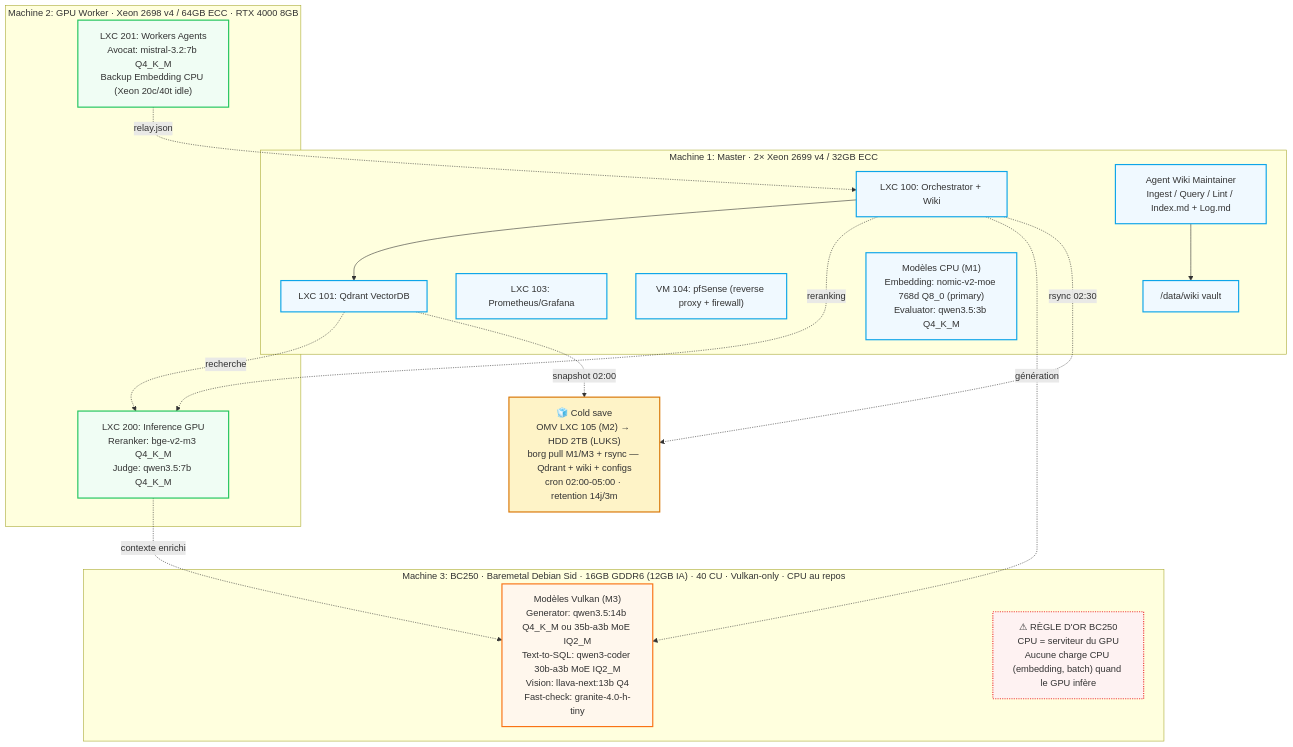
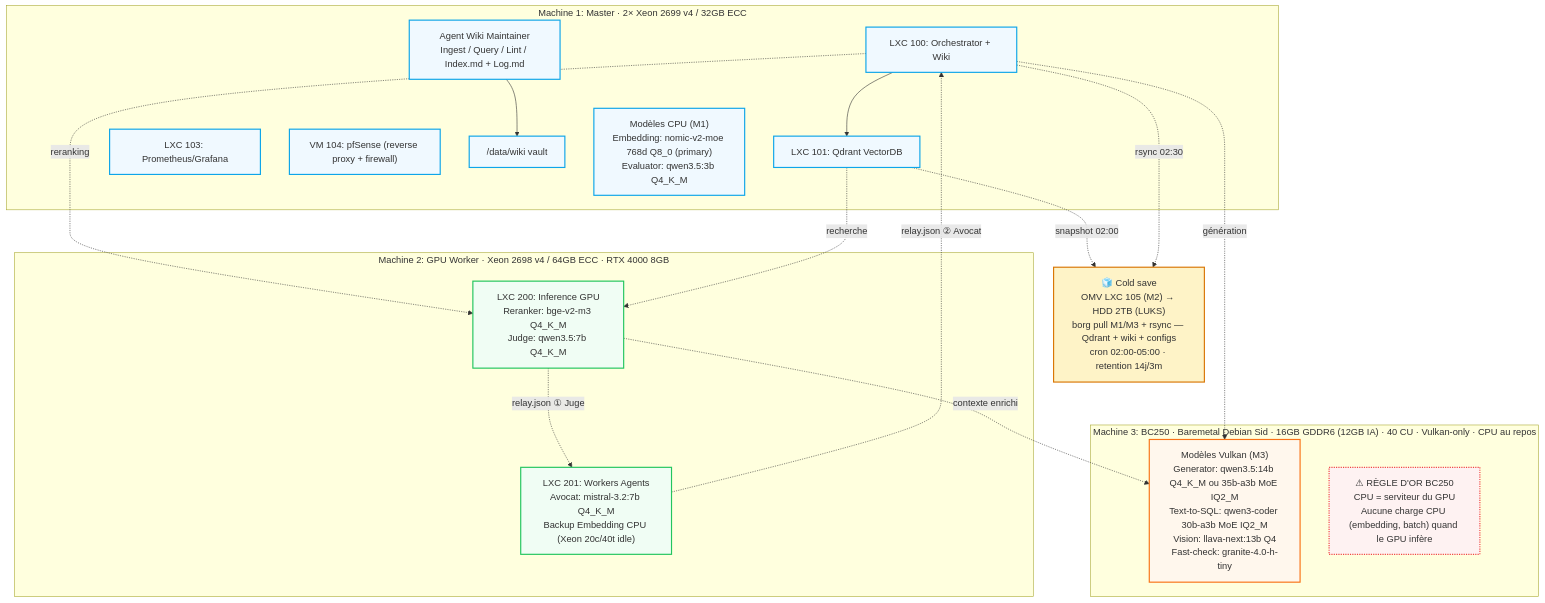
Before and after one commit to chelmooz/rag-multi-agent-cluster: the second of 2 diagrams in docs/architecture.md, drawn with Mermaid. The commit also changed other lines of this file, not shown here.

Commit message:
docs(architecture): fix sequential Judge→Avocat flow via relay.json (RTX 4000 8GB constraint)

````diff
--- a/docs/architecture.md
+++ b/docs/architecture.md
@@ -80,40 +83,41 @@
 ```mermaid
 flowchart TB
     classDef m1 fill:#f0f9ff,stroke:#0ea5e9,stroke-width:2px
     classDef m2 fill:#f0fdf4,stroke:#22c55e,stroke-width:2px
     classDef m3 fill:#fff7ed,stroke:#f97316,stroke-width:2px
     classDef warn fill:#fef2f2,stroke:#ef4444,stroke-width:2px,stroke-dasharray: 2 2
     classDef cold fill:#fef3c7,stroke:#d97706,stroke-width:2px
 
     subgraph Machine1["Machine 1: Master · 2× Xeon 2699 v4 / 32GB ECC"]
         M1_100["LXC 100: Orchestrator + Wiki"]:::m1
         M1_101["LXC 101: Qdrant VectorDB"]:::m1
         M1_103["LXC 103: Prometheus/Grafana"]:::m1
         M1_104["VM 104: pfSense (reverse proxy + firewall)"]:::m1
         M1_vault["/data/wiki vault"]:::m1
         M1_models["Modèles CPU (M1)<br/>Embedding: nomic-v2-moe 768d Q8_0 (primary)<br/>Evaluator: qwen3.5:3b Q4_K_M"]:::m1
         M1_wiki["Agent Wiki Maintainer<br/>Ingest / Query / Lint / Index.md + Log.md"]:::m1
     end
 
     subgraph Machine2["Machine 2: GPU Worker · Xeon 2698 v4 / 64GB ECC · RTX 4000 8GB"]
         M2_200["LXC 200: Inference GPU<br/>Reranker: bge-v2-m3 Q4_K_M<br/>Judge: qwen3.5:7b Q4_K_M"]:::m2
         M2_201["LXC 201: Workers Agents<br/>Avocat: mistral-3.2:7b Q4_K_M<br/>Backup Embedding CPU (Xeon 20c/40t idle)"]:::m2
     end
 
     subgraph Machine3["Machine 3: BC250 · Baremetal Debian Sid · 16GB GDDR6 (12GB IA) · 40 CU · Vulkan-only · CPU au repos"]
         M3_models["Modèles Vulkan (M3)<br/>Generator: qwen3.5:14b Q4_K_M ou 35b-a3b MoE IQ2_M<br/>Text-to-SQL: qwen3-coder 30b-a3b MoE IQ2_M<br/>Vision: llava-next:13b Q4<br/>Fast-check: granite-4.0-h-tiny"]:::m3
         M3_warn["⚠ RÈGLE D'OR BC250<br/>CPU = serviteur du GPU<br/>Aucune charge CPU (embedding, batch) quand le GPU infère"]:::warn
     end
 
     Cold["🧊 Cold save<br/>OMV LXC 105 (M2) → HDD 2TB (LUKS)<br/>borg pull M1/M3 + rsync — Qdrant + wiki + configs<br/>cron 02:00-05:00 · retention 14j/3m"]:::cold
 
     M1_100 --> M1_101
     M1_wiki --> M1_vault
     M1_100 -.->|reranking| M2_200
     M1_101 -.->|recherche| M2_200
-    M2_201 -.->|relay.json| M1_100
+    M2_200 -.->|relay.json ① Juge| M2_201
+    M2_201 -.->|relay.json ② Avocat| M1_100
     M1_100 -.->|génération| M3_models
     M2_200 -.->|contexte enrichi| M3_models
     M1_101 -.->|snapshot 02:00| Cold
     M1_100 -.->|rsync 02:30| Cold
 ```
````
